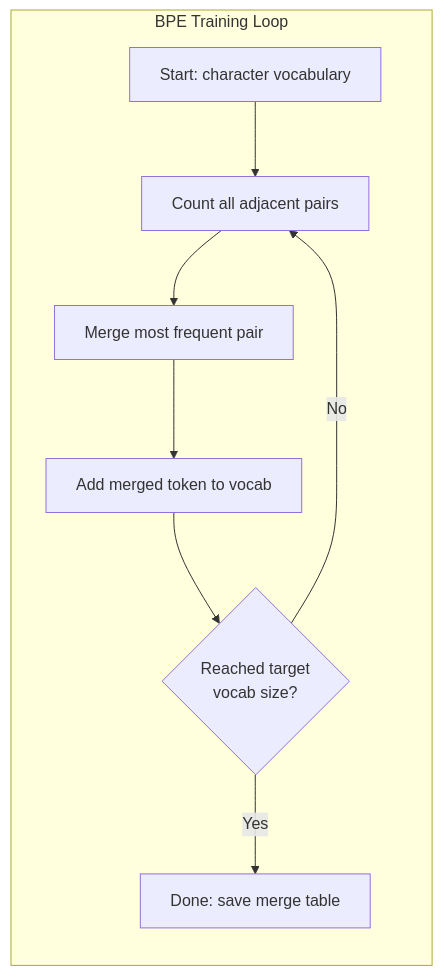
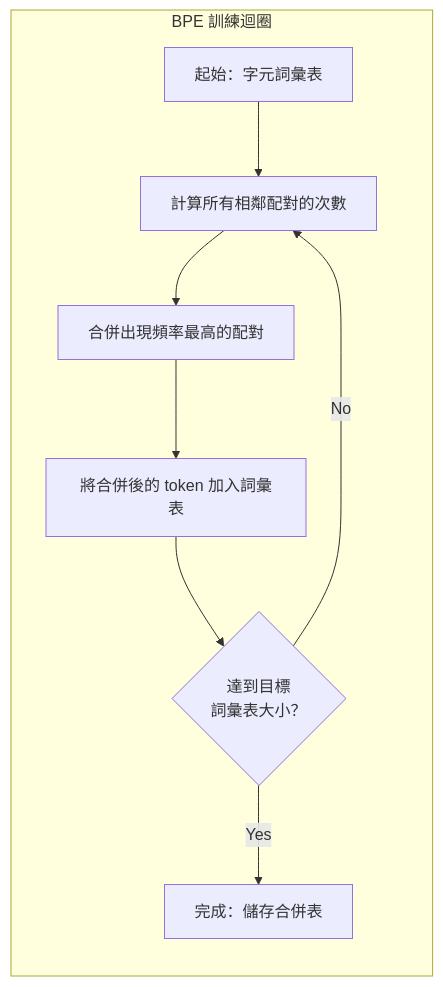
Before and after one commit to edward821220/ai-engineering-from-scratch: the second of 3 diagrams in i18n/zh-TW/phases/10-llms-from-scratch/01-tokenizers/docs/zh-TW.md, drawn with Mermaid. The commit also changed other lines of this file and 123 other files, not shown here.

````diff
--- a/i18n/zh-TW/phases/10-llms-from-scratch/01-tokenizers/docs/zh-TW.md
+++ b/i18n/zh-TW/phases/10-llms-from-scratch/01-tokenizers/docs/zh-TW.md
@@ -111,12 +111,12 @@
 ```mermaid
 graph LR
-    subgraph Training["BPE Training Loop"]
+    subgraph Training["BPE 訓練迴圈"]
         direction TB
-        T1["Start: character vocabulary"] --> T2["Count all adjacent pairs"]
-        T2 --> T3["Merge most frequent pair"]
-        T3 --> T4["Add merged token to vocab"]
-        T4 --> T5{"Reached target\nvocab size?"}
+        T1["起始：字元詞彙表"] --> T2["計算所有相鄰配對的次數"]
+        T2 --> T3["合併出現頻率最高的配對"]
+        T3 --> T4["將合併後的 token 加入詞彙表"]
+        T4 --> T5{"達到目標\n詞彙表大小？"}
         T5 -->|No| T2
-        T5 -->|Yes| T6["Done: save merge table"]
+        T5 -->|Yes| T6["完成：儲存合併表"]
     end
 ```
````
